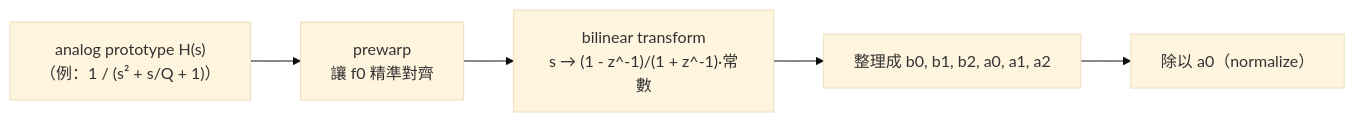
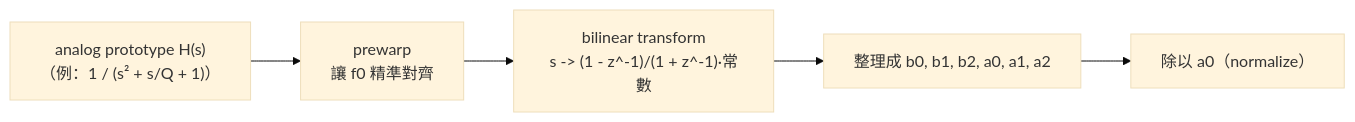
Before and after one commit to TomHsieh300/DAW-for-fun: the second of 4 diagrams in lessons/02-filter/README.zh-TW.md, drawn with Mermaid (base theme). The commit also changed other lines of this file and 6 other files, not shown here.

First line of the commit message:
ch02: redraw text diagrams as Mermaid and SVG figures

````diff
--- a/lessons/02-filter/README.zh-TW.md
+++ b/lessons/02-filter/README.zh-TW.md
@@ -364,7 +329,7 @@
 ```mermaid
 flowchart LR
     A["analog prototype H(s)<br/>（例：1 / (s² + s/Q + 1)）"] --> B["prewarp<br/>讓 f0 精準對齊"]
-    B --> C["bilinear transform<br/>s → (1 - z^-1)/(1 + z^-1)·常數"]
+    B --> C["bilinear transform<br/>s -> (1 - z^-1)/(1 + z^-1)·常數"]
     C --> D["整理成 b0, b1, b2, a0, a1, a2"]
     D --> E["除以 a0（normalize）"]
 ```
````
